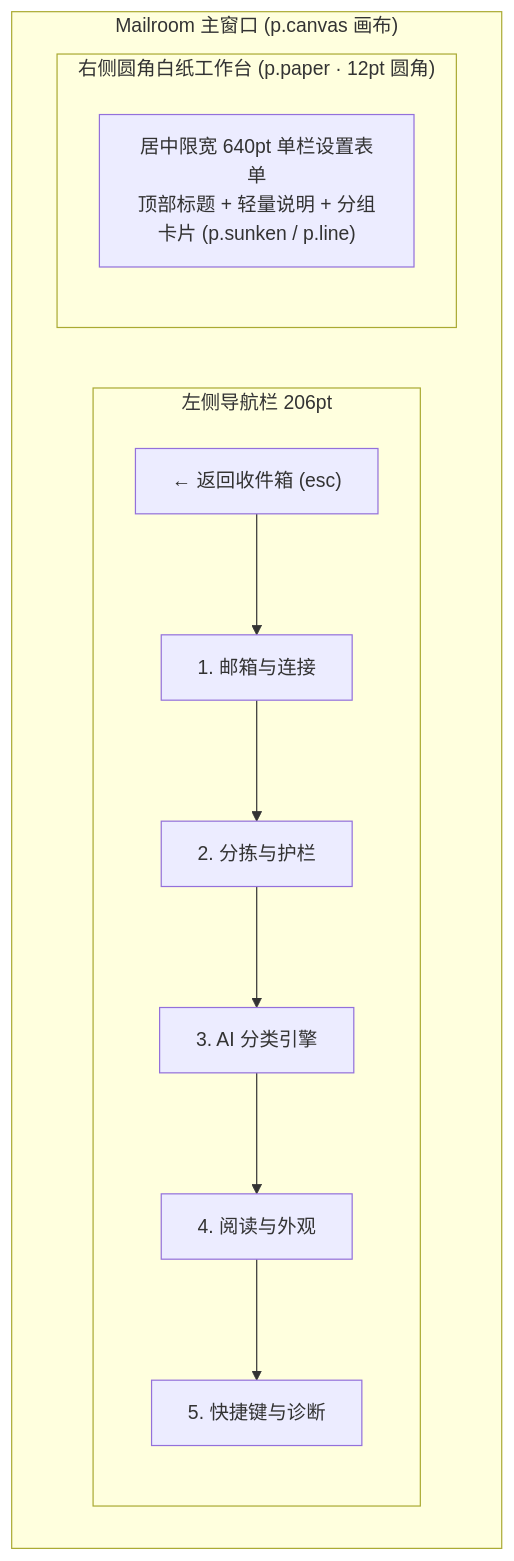
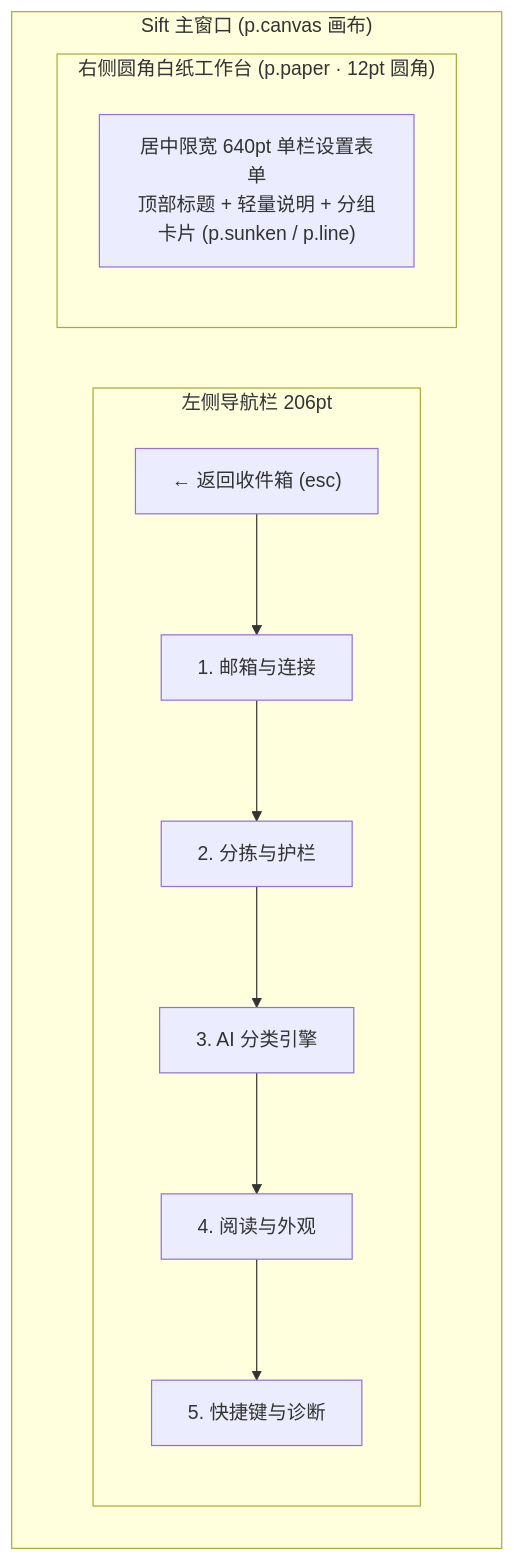
Before and after one commit to DengNaichen/sift: the diagram in prototypes/settings/settings_design.md, drawn with Mermaid. The commit also changed other lines of this file and 12 other files, not shown here.

````diff
--- a/prototypes/settings/settings_design.md
+++ b/prototypes/settings/settings_design.md
@@ -11,18 +11,18 @@
 ```mermaid
 flowchart LR
-    subgraph Window["Mailroom 主窗口 (p.canvas 画布)"]
+    subgraph Window["Sift 主窗口 (p.canvas 画布)"]
         direction LR
         subgraph LeftNav["左侧导航栏 206pt"]
             BackBtn["← 返回收件箱 (esc)"]
             Tab1["1. 邮箱与连接"]
             Tab2["2. 分拣与护栏"]
             Tab3["3. AI 分类引擎"]
             Tab4["4. 阅读与外观"]
             Tab5["5. 快捷键与诊断"]
             BackBtn --> Tab1 --> Tab2 --> Tab3 --> Tab4 --> Tab5
         end
         subgraph Paper["右侧圆角白纸工作台 (p.paper · 12pt 圆角)"]
             CenterCol["居中限宽 640pt 单栏设置表单\n顶部标题 + 轻量说明 + 分组卡片 (p.sunken / p.line)"]
         end
     end
 ```
````
